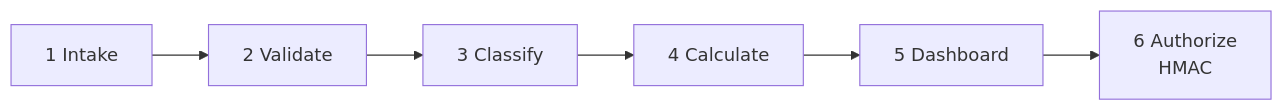
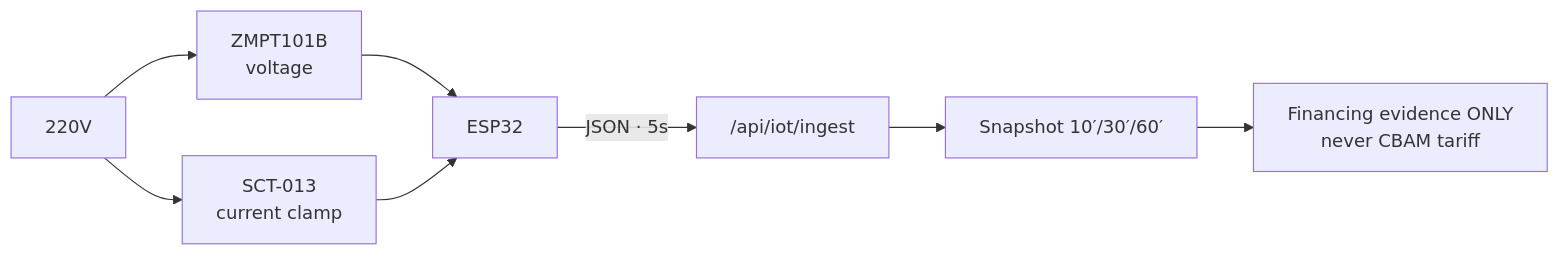
The fourth of 6 diagrams in README.en.md (pennythewise/GreenGru), drawn with Mermaid before and after one commit. The commit also changed other lines of this file and 1 other file, not shown here.

````diff
--- a/README.en.md
+++ b/README.en.md
@@ -116,8 +113,10 @@
 ```mermaid
 flowchart LR
-  S1["1 Intake"] --> S2["2 Validate"]
-  S2 --> S3["3 Classify"]
-  S3 --> S4["4 Calculate"]
-  S4 --> S5["5 Dashboard"]
-  S5 --> S6["6 Authorize<br/>HMAC"]
+  AC["220V"] --> VT["ZMPT101B<br/>voltage"]
+  AC --> CT["SCT-013<br/>current clamp"]
+  VT --> ESP["ESP32"]
+  CT --> ESP
+  ESP -->|"JSON · 5s"| API["/api/iot/ingest"]
+  API --> SNAP["Snapshot 10′/30′/60′"]
+  SNAP --> FIN["Financing evidence ONLY<br/>never CBAM tariff"]
 ```
````
